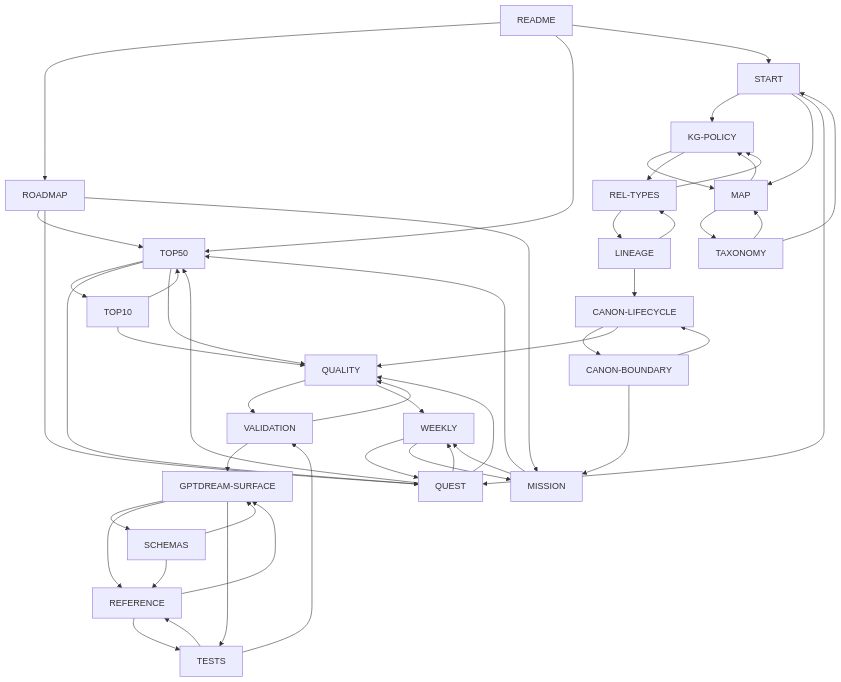
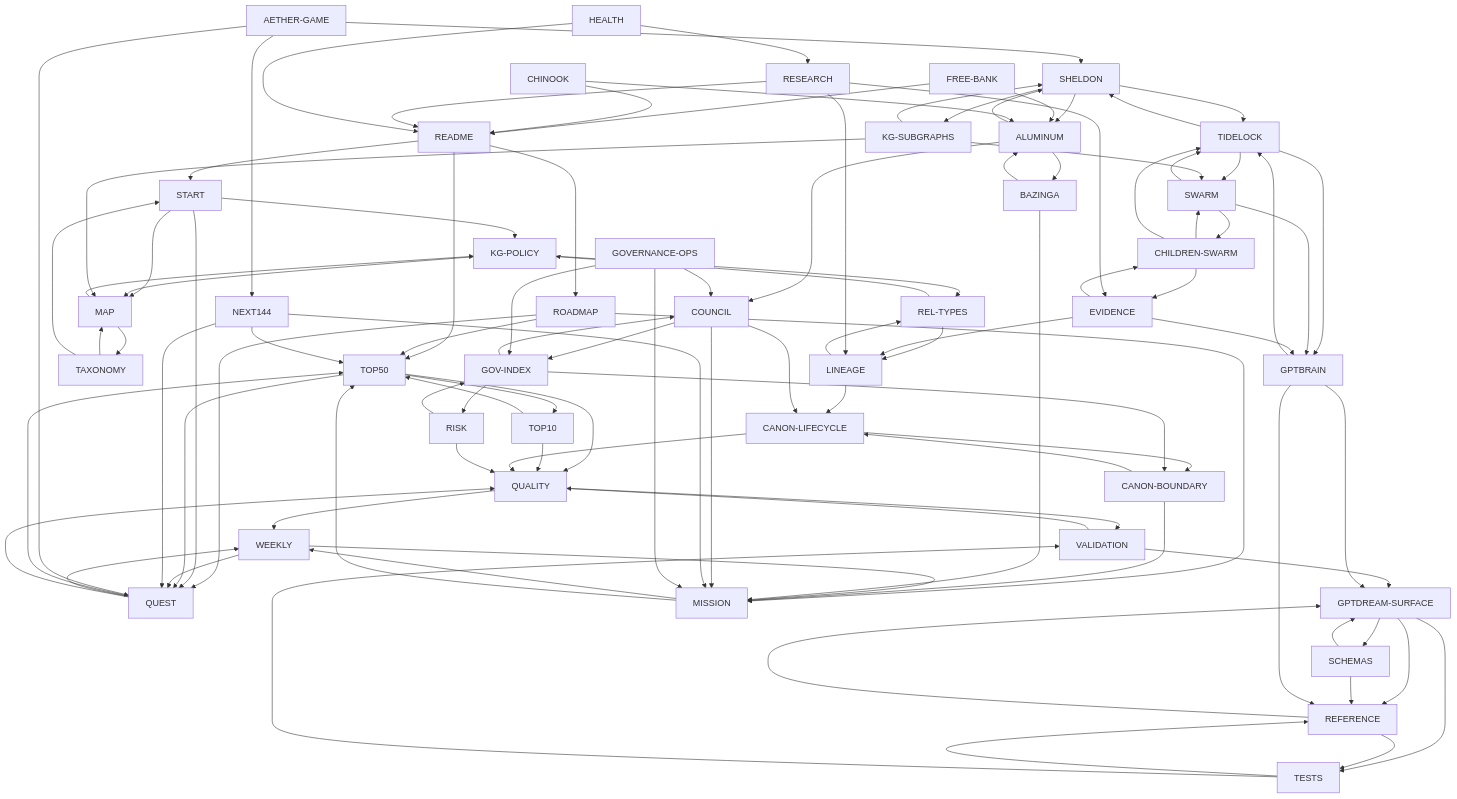
One commit to atlaslattice/manus-artifacts changed the diagram in docs/generated/KG_MERMAID_GRAPH.md. Above: the diagram before and after it, drawn with Mermaid. The commit also changed 20 other files, not shown here.

Commit message:
feat: Next-144 Wave 4 complete — KG 40-node expansion, Children Swarm tooling, agent identity, evidence format

````diff
--- a/docs/generated/KG_MERMAID_GRAPH.md
+++ b/docs/generated/KG_MERMAID_GRAPH.md
@@ -21,6 +21,25 @@
     N_REFERENCE[REFERENCE]
     N_TESTS[TESTS]
     N_MISSION[MISSION]
+    N_SHELDON[SHELDON]
+    N_ALUMINUM[ALUMINUM]
+    N_BAZINGA[BAZINGA]
+    N_COUNCIL[COUNCIL]
+    N_GOV_INDEX[GOV-INDEX]
+    N_RISK[RISK]
+    N_TIDELOCK[TIDELOCK]
+    N_GPTBRAIN[GPTBRAIN]
+    N_SWARM[SWARM]
+    N_CHILDREN_SWARM[CHILDREN-SWARM]
+    N_EVIDENCE[EVIDENCE]
+    N_KG_SUBGRAPHS[KG-SUBGRAPHS]
+    N_NEXT144[NEXT144]
+    N_AETHER_GAME[AETHER-GAME]
+    N_FREE_BANK[FREE-BANK]
+    N_CHINOOK[CHINOOK]
+    N_RESEARCH[RESEARCH]
+    N_HEALTH[HEALTH]
+    N_GOVERNANCE_OPS[GOVERNANCE-OPS]
     N_README --> N_ROADMAP
     N_README --> N_TOP50
     N_README --> N_START
@@ -69,4 +88,56 @@
     N_TESTS --> N_VALIDATION
     N_MISSION --> N_WEEKLY
     N_MISSION --> N_TOP50
+    N_SHELDON --> N_ALUMINUM
+    N_SHELDON --> N_TIDELOCK
+    N_SHELDON --> N_KG_SUBGRAPHS
+    N_ALUMINUM --> N_SHELDON
+    N_ALUMINUM --> N_COUNCIL
+    N_ALUMINUM --> N_BAZINGA
+    N_BAZINGA --> N_ALUMINUM
+    N_BAZINGA --> N_MISSION
+    N_COUNCIL --> N_GOV_INDEX
+    N_COUNCIL --> N_CANON_LIFECYCLE
+    N_COUNCIL --> N_MISSION
+    N_GOV_INDEX --> N_COUNCIL
+    N_GOV_INDEX --> N_CANON_BOUNDARY
+    N_GOV_INDEX --> N_RISK
+    N_RISK --> N_GOV_INDEX
+    N_RISK --> N_QUALITY
+    N_TIDELOCK --> N_GPTBRAIN
+    N_TIDELOCK --> N_SHELDON
+    N_TIDELOCK --> N_SWARM
+    N_GPTBRAIN --> N_TIDELOCK
+    N_GPTBRAIN --> N_GPTDREAM_SURFACE
+    N_GPTBRAIN --> N_REFERENCE
+    N_SWARM --> N_TIDELOCK
+    N_SWARM --> N_GPTBRAIN
+    N_SWARM --> N_CHILDREN_SWARM
+    N_CHILDREN_SWARM --> N_SWARM
+    N_CHILDREN_SWARM --> N_TIDELOCK
+    N_CHILDREN_SWARM --> N_EVIDENCE
+    N_EVIDENCE --> N_CHILDREN_SWARM
+    N_EVIDENCE --> N_GPTBRAIN
+    N_EVIDENCE --> N_LINEAGE
+    N_KG_SUBGRAPHS --> N_SHELDON
+    N_KG_SUBGRAPHS --> N_MAP
+    N_KG_SUBGRAPHS --> N_SWARM
+    N_NEXT144 --> N_TOP50
+    N_NEXT144 --> N_QUEST
+    N_NEXT144 --> N_MISSION
+    N_AETHER_GAME --> N_NEXT144
+    N_AETHER_GAME --> N_QUEST
+    N_AETHER_GAME --> N_SHELDON
+    N_FREE_BANK --> N_README
+    N_FREE_BANK --> N_ALUMINUM
+    N_CHINOOK --> N_README
+    N_CHINOOK --> N_ALUMINUM
+    N_RESEARCH --> N_README
+    N_RESEARCH --> N_EVIDENCE
+    N_RESEARCH --> N_LINEAGE
+    N_HEALTH --> N_README
+    N_HEALTH --> N_RESEARCH
+    N_GOVERNANCE_OPS --> N_GOV_INDEX
+    N_GOVERNANCE_OPS --> N_COUNCIL
+    N_GOVERNANCE_OPS --> N_MISSION
 ```
````
